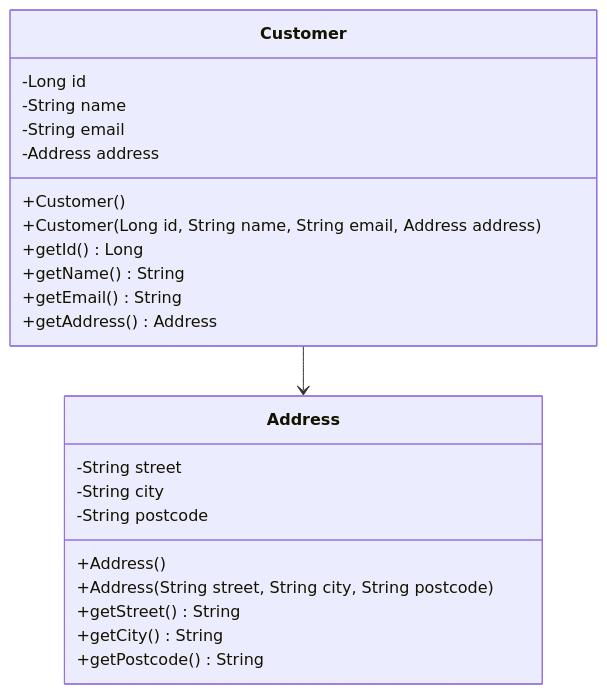
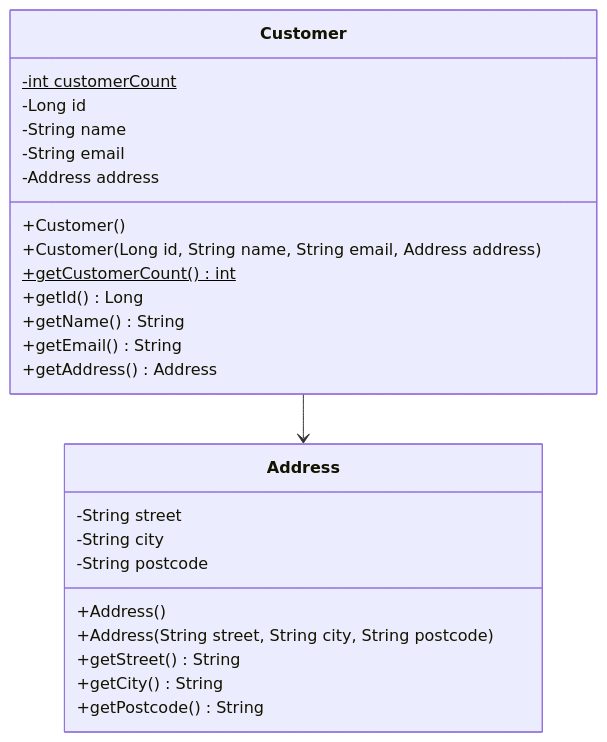
Before and after one commit to himawk4/products-api: the diagram in products-api/docs/uml/CustomerAddress.md, drawn with Mermaid. The commit also changed 1 other file, not shown here.

Commit message:
Tutorial 2: stretch tasks completed with static counter and updated UML

````diff
--- a/products-api/docs/uml/CustomerAddress.md
+++ b/products-api/docs/uml/CustomerAddress.md
@@ -3,28 +3,30 @@
 ```mermaid
 classDiagram
 class Customer {
+    -int customerCount$
     -Long id
     -String name
     -String email
     -Address address
     +Customer()
     +Customer(Long id, String name, String email, Address address)
+    +getCustomerCount()$ int
     +getId() Long
     +getName() String
     +getEmail() String
     +getAddress() Address
 }
 
 class Address {
     -String street
     -String city
     -String postcode
     +Address()
     +Address(String street, String city, String postcode)
     +getStreet() String
     +getCity() String
     +getPostcode() String
 }
 
 Customer --> Address
 ```
````
